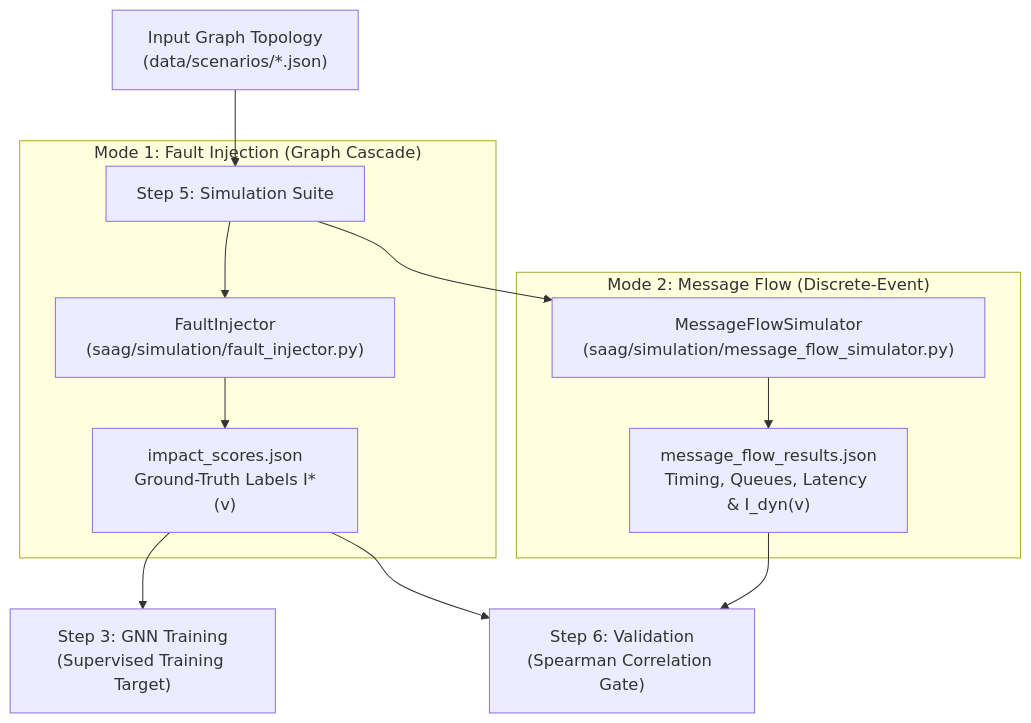
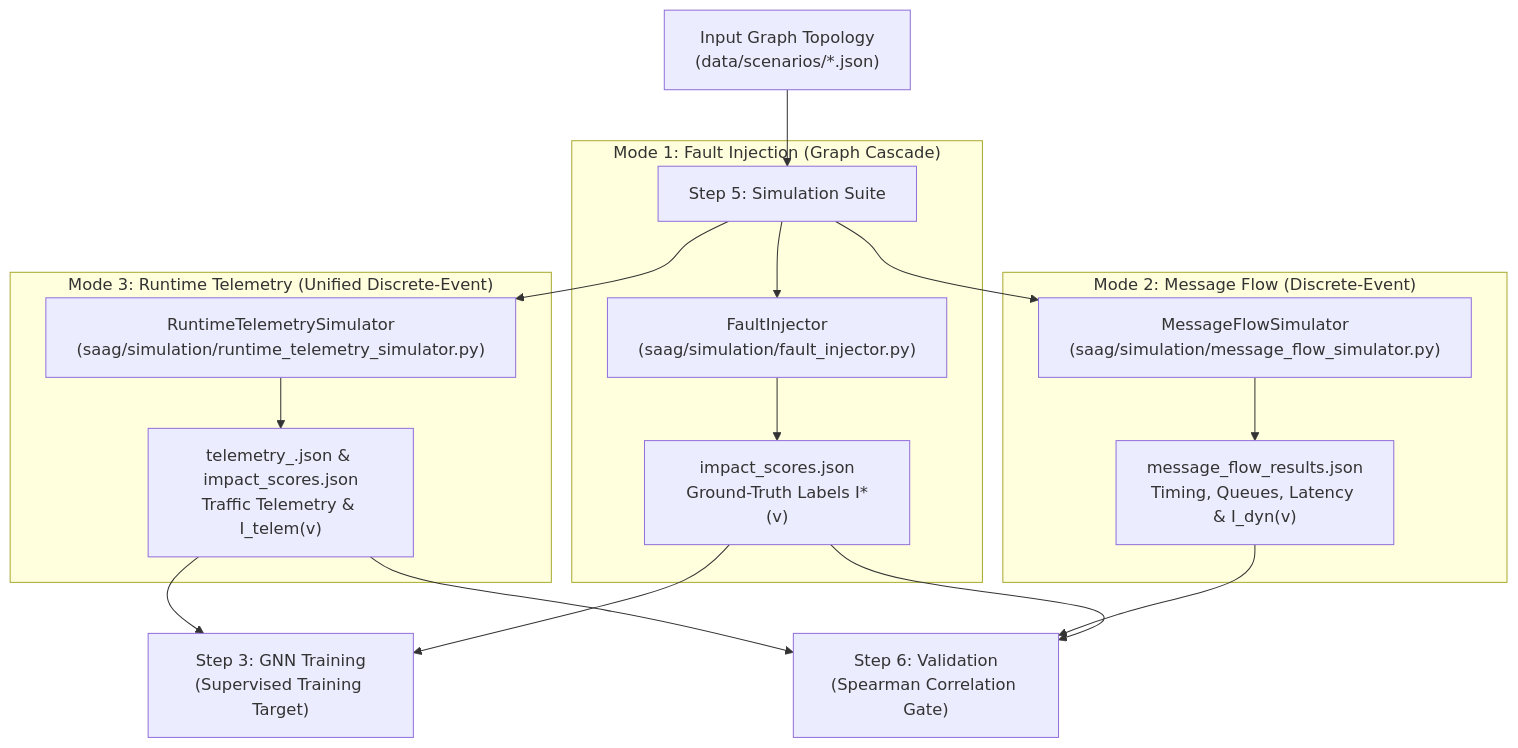
Before and after one commit to onuralpyigit/software-as-a-graph: the first of 5 diagrams in docs/failure-simulation.md, drawn with Mermaid. The commit also changed other lines of this file and 14 other files, not shown here.

First line of the commit message:
feat(telemetry): Implement unified runtime telemetry simulation and impact calculation

````diff
--- a/docs/failure-simulation.md
+++ b/docs/failure-simulation.md
@@ -43,18 +54,25 @@
 ```mermaid
 flowchart TD
     G["Input Graph Topology<br>(data/scenarios/*.json)"] --> SIM["Step 5: Simulation Suite"]
     
     subgraph Mode1["Mode 1: Fault Injection (Graph Cascade)"]
         SIM --> FI["FaultInjector<br>(saag/simulation/fault_injector.py)"]
         FI --> IMP["impact_scores.json<br>Ground-Truth Labels I*(v)"]
     end
 
     subgraph Mode2["Mode 2: Message Flow (Discrete-Event)"]
         SIM --> MFS["MessageFlowSimulator<br>(saag/simulation/message_flow_simulator.py)"]
         MFS --> MFR["message_flow_results.json<br>Timing, Queues, Latency & I_dyn(v)"]
     end
 
+    subgraph Mode3["Mode 3: Runtime Telemetry (Unified Discrete-Event)"]
+        SIM --> RTS["RuntimeTelemetrySimulator<br>(saag/simulation/runtime_telemetry_simulator.py)"]
+        RTS --> TEL["telemetry_<node>.json & impact_scores.json<br>Traffic Telemetry & I_telem(v)"]
+    end
+
     IMP --> GNN["Step 3: GNN Training<br>(Supervised Training Target)"]
+    TEL --> GNN
     IMP --> VAL["Step 6: Validation<br>(Spearman Correlation Gate)"]
     MFR --> VAL
+    TEL --> VAL
 ```
````
